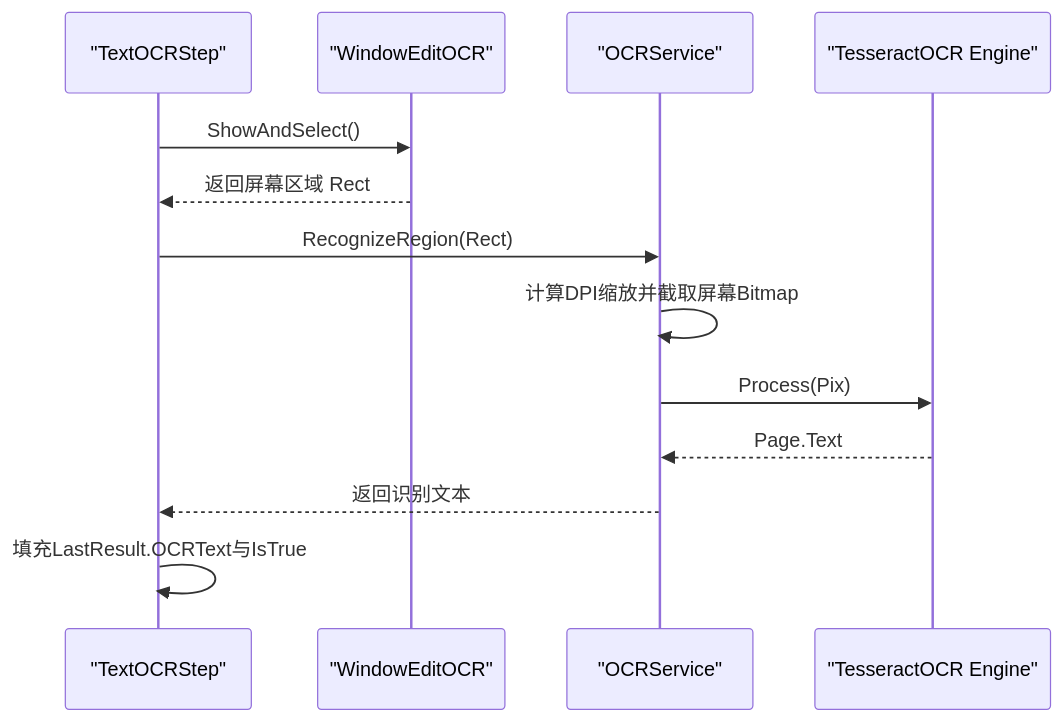
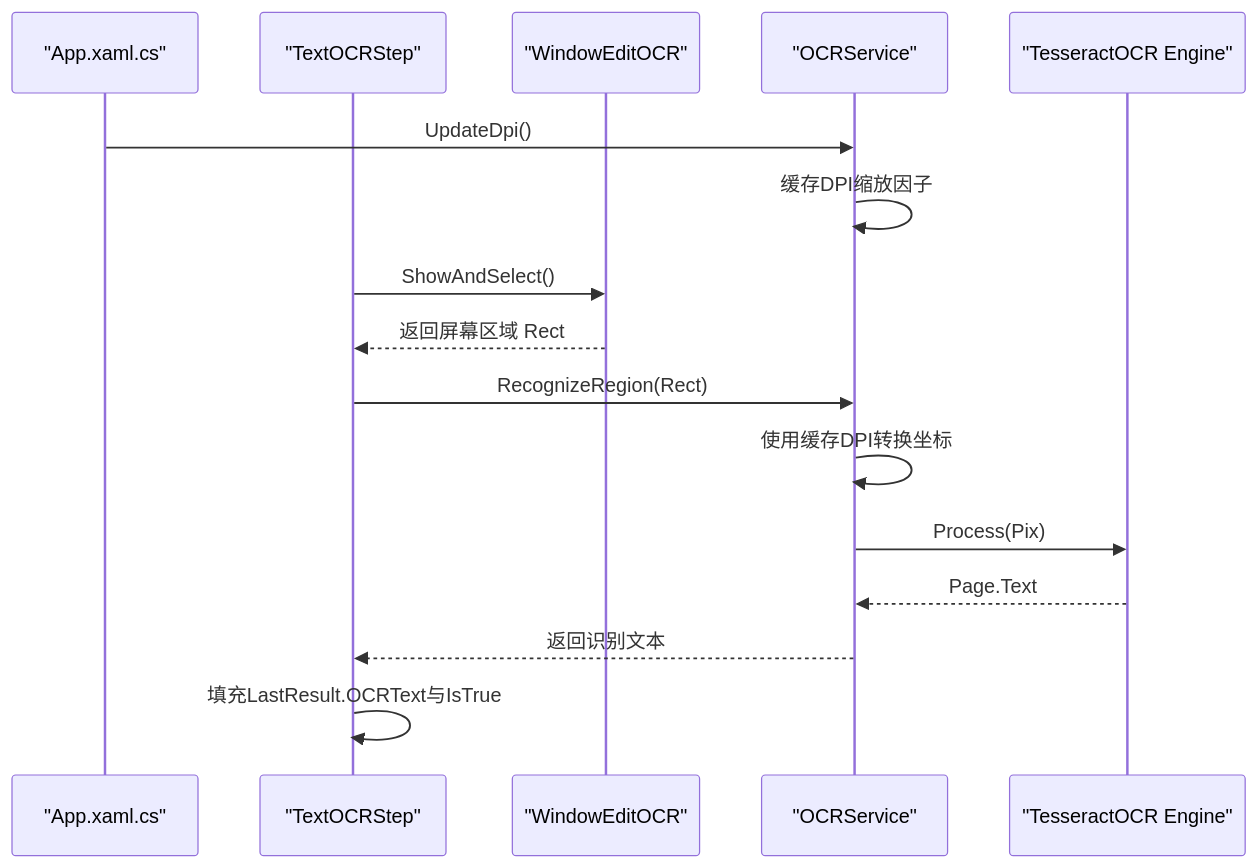
One commit to yooxii/ShaoLuAuto changed the second of 7 diagrams in .qoder/repowiki/zh/content/图像识别引擎/OCR文字识别.md. Above: the diagram before and after it, drawn with Mermaid. The commit also changed other lines of this file and 45 other files, not shown here.

````diff
--- a/.qoder/repowiki/zh/content/图像识别引擎/OCR文字识别.md
+++ b/.qoder/repowiki/zh/content/图像识别引擎/OCR文字识别.md
@@ -96,15 +115,18 @@
 ```mermaid
 sequenceDiagram
+participant App as "App.xaml.cs"
 participant UI as "TextOCRStep"
 participant View as "WindowEditOCR"
 participant Service as "OCRService"
 participant Engine as "TesseractOCR Engine"
+App->>Service : UpdateDpi()
+Service->>Service : 缓存DPI缩放因子
 UI->>View : ShowAndSelect()
 View-->>UI : 返回屏幕区域 Rect
 UI->>Service : RecognizeRegion(Rect)
-Service->>Service : 计算DPI缩放并截取屏幕Bitmap
+Service->>Service : 使用缓存DPI转换坐标
 Service->>Engine : Process(Pix)
 Engine-->>Service : Page.Text
 Service-->>UI : 返回识别文本
 UI->>UI : 填充LastResult.OCRText与IsTrue
 ```
````
